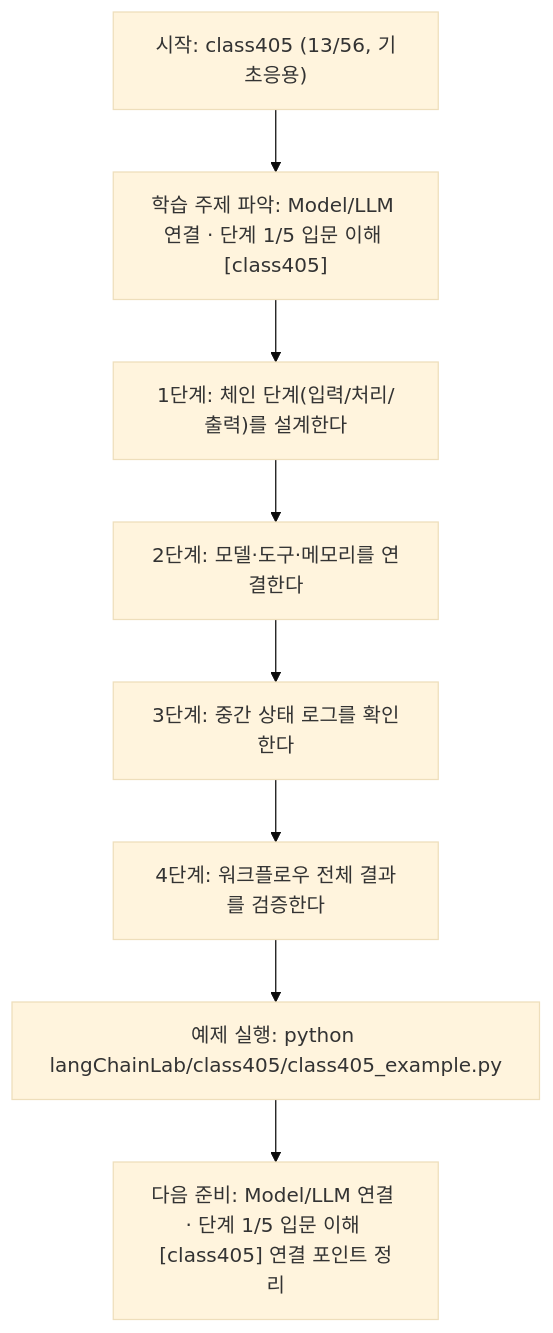
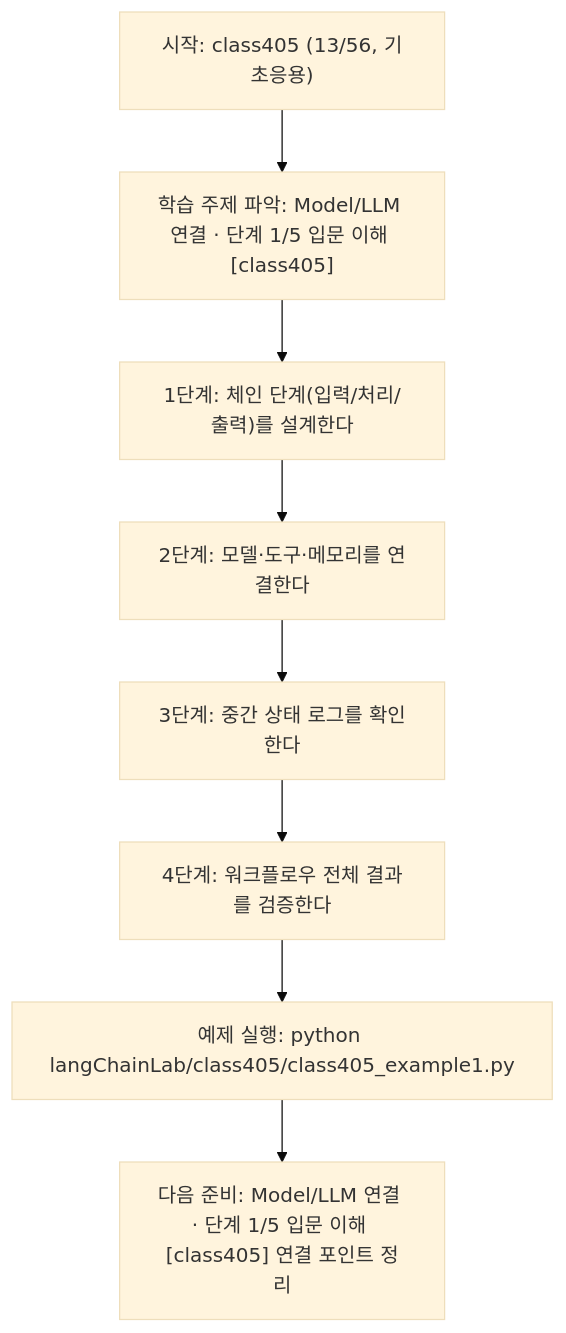
One commit to edumgt/Python-AI_Agent-Class changed the diagram in langChainLab/class405/class405.md. Above: the diagram before and after it, drawn with Mermaid (base theme). The commit also changed other lines of this file and 2959 other files, not shown here.

````diff
--- a/langChainLab/class405/class405.md
+++ b/langChainLab/class405/class405.md
@@ -110,18 +110,18 @@
 ```mermaid
 flowchart TD
 N1["시작: class405 (13/56, 기초응용)"]
 N2["학습 주제 파악: Model/LLM 연결 · 단계 1/5 입문 이해 [class405]"]
 N3["1단계: 체인 단계(입력/처리/출력)를 설계한다"]
 N4["2단계: 모델·도구·메모리를 연결한다"]
 N5["3단계: 중간 상태 로그를 확인한다"]
 N6["4단계: 워크플로우 전체 결과를 검증한다"]
-N7["예제 실행: python langChainLab/class405/class405_example.py"]
+N7["예제 실행: python langChainLab/class405/class405_example1.py"]
 N8["다음 준비: Model/LLM 연결 · 단계 1/5 입문 이해 [class405] 연결 포인트 정리"]
 N1 --> N2
 N2 --> N3
 N3 --> N4
 N4 --> N5
 N5 --> N6
 N6 --> N7
 N7 --> N8
 ```
````
